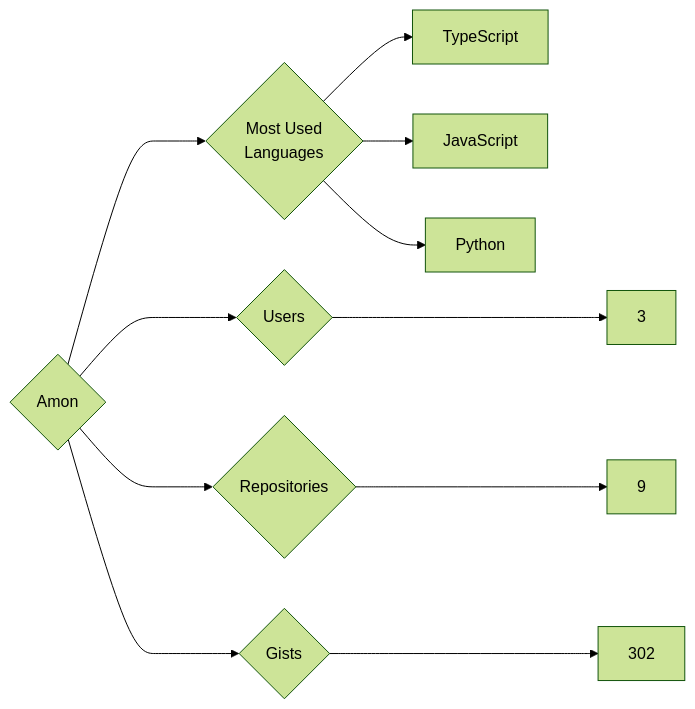
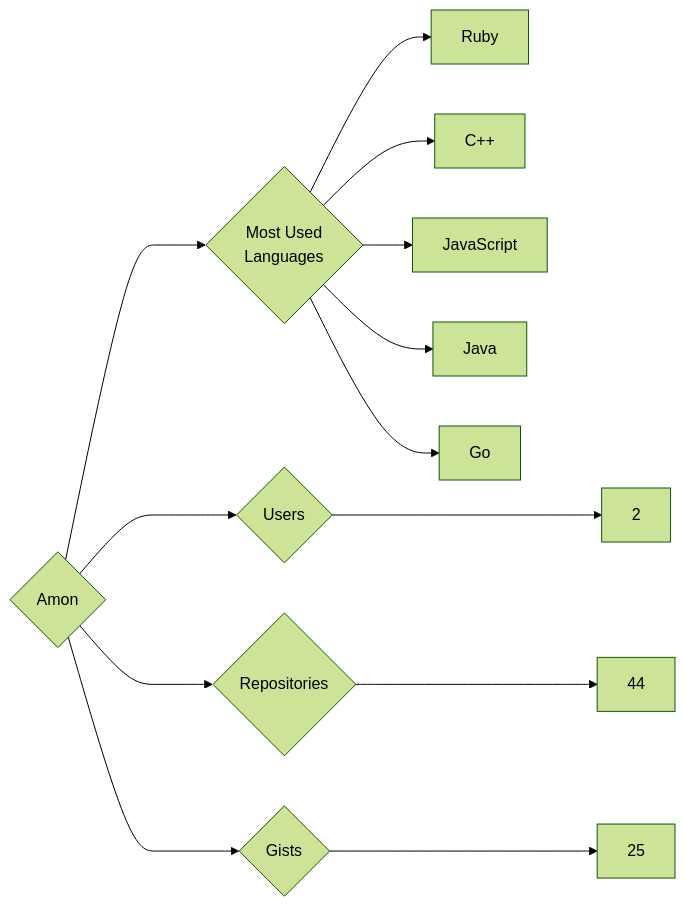
Before and after one commit to trickest/insiders: the diagram in targets/Amon/README.md, drawn with Mermaid (forest theme). The commit also changed 1212 other files, not shown here.

````diff
--- a/targets/Amon/README.md
+++ b/targets/Amon/README.md
@@ -3,11 +3,13 @@
 ```mermaid
 graph LR
 COMPANY_NAME{Amon}
-COMPANY_NAME ---> U{Users} ---> UN[3]
-COMPANY_NAME ---> R{Repositories} ---> RN[9]
-COMPANY_NAME ---> G{Gists} ---> GN[302]
+COMPANY_NAME ---> U{Users} ---> UN[2]
+COMPANY_NAME ---> R{Repositories} ---> RN[44]
+COMPANY_NAME ---> G{Gists} ---> GN[25]
 COMPANY_NAME ---> ML{Most Used<br>Languages}
-ML --> TypeScript[TypeScript]
+ML --> Ruby[Ruby]
+ML --> C++[C++]
 ML --> JavaScript[JavaScript]
-ML --> Python[Python]
+ML --> Java[Java]
+ML --> Go[Go]
 ```
````
